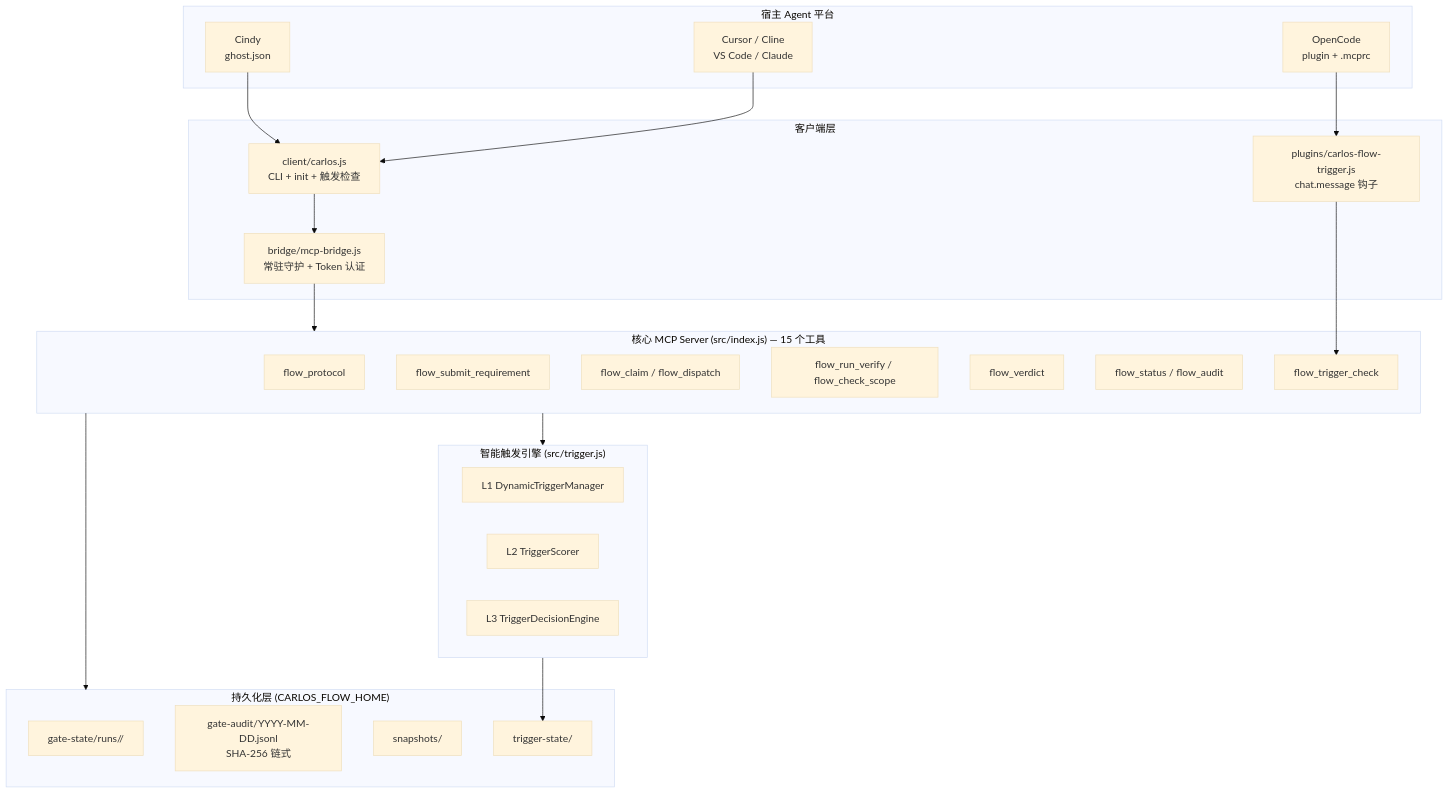
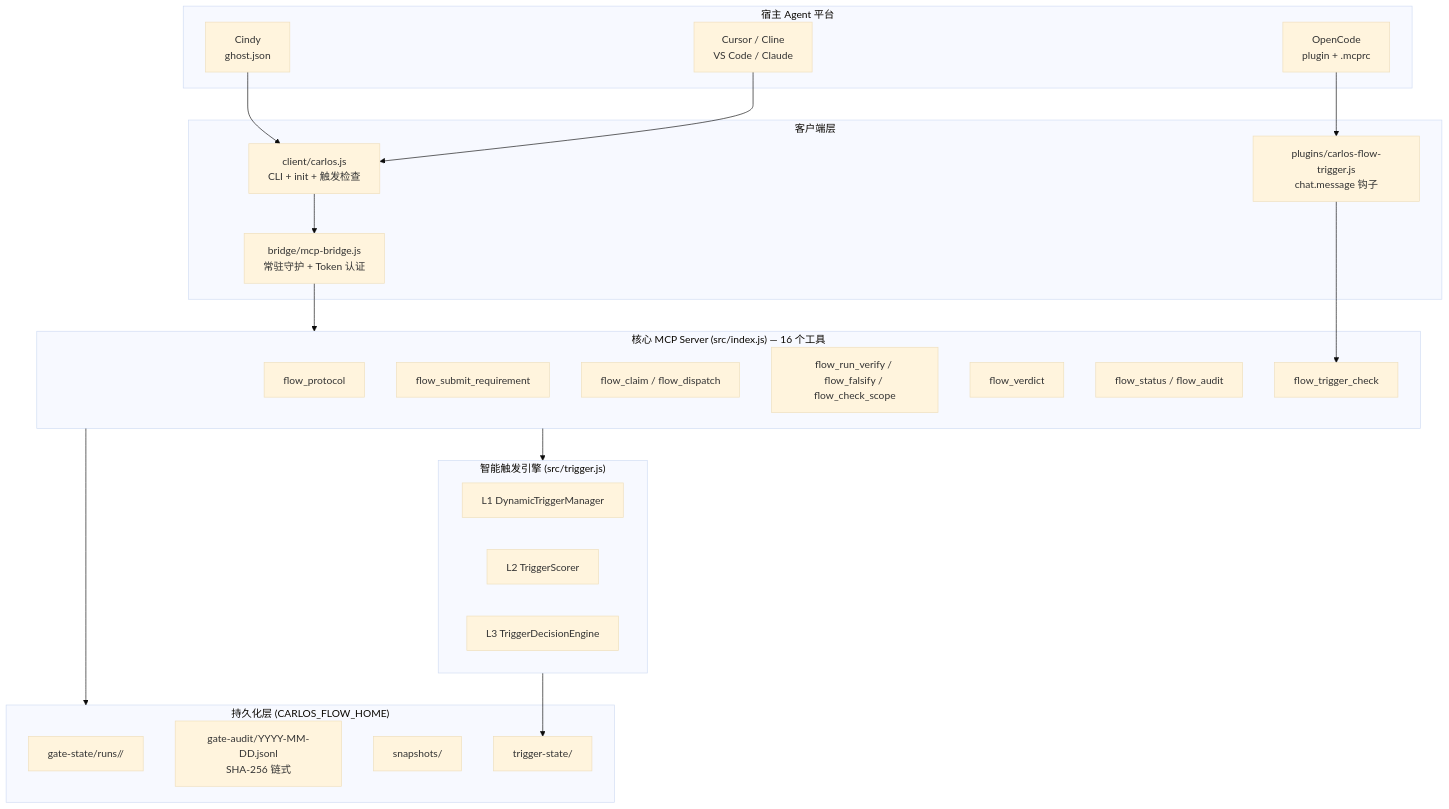
The diagram in README.md (skyer-now/carlos-flow), drawn with Mermaid (base theme) before and after one commit. The commit also changed other lines of this file and 16 other files, not shown here.

````diff
--- a/README.md
+++ b/README.md
@@ -106,47 +112,47 @@
 ```mermaid
 flowchart TB
     subgraph Host["宿主 Agent 平台"]
         Cindy[Cindy<br/>ghost.json]
         OpenCode[OpenCode<br/>plugin + .mcprc]
         Cursor[Cursor / Cline<br/>VS Code / Claude]
     end
 
     subgraph Client["客户端层"]
         CLI["client/carlos.js<br/>CLI + init + 触发检查"]
         Bridge["bridge/mcp-bridge.js<br/>常驻守护 + Token 认证"]
         Plugin["plugins/carlos-flow-trigger.js<br/>chat.message 钩子"]
     end
 
-    subgraph Core["核心 MCP Server (src/index.js) — 15 个工具"]
+    subgraph Core["核心 MCP Server (src/index.js) — 16 个工具"]
         Protocol["flow_protocol"]
         Submit["flow_submit_requirement"]
         Dispatch["flow_claim / flow_dispatch"]
-        Verify["flow_run_verify / flow_check_scope"]
+        Verify["flow_run_verify / flow_falsify / flow_check_scope"]
         Verdict["flow_verdict"]
         Audit["flow_status / flow_audit"]
         Trigger["flow_trigger_check"]
     end
 
     subgraph Engine["智能触发引擎 (src/trigger.js)"]
         L1["L1 DynamicTriggerManager"]
         L2["L2 TriggerScorer"]
         L3["L3 TriggerDecisionEngine"]
     end
 
     subgraph Storage["持久化层 (CARLOS_FLOW_HOME)"]
         State["gate-state/runs/<sid>/"]
         AuditLog["gate-audit/YYYY-MM-DD.jsonl<br/>SHA-256 链式"]
         Snap["snapshots/"]
         TrigState["trigger-state/"]
     end
 
     Cindy --> CLI
     OpenCode --> Plugin
     Cursor --> CLI
     Plugin --> Trigger
     CLI --> Bridge
     Bridge --> Core
     Core --> Engine
     Core --> Storage
     Engine --> TrigState
 ```
````
